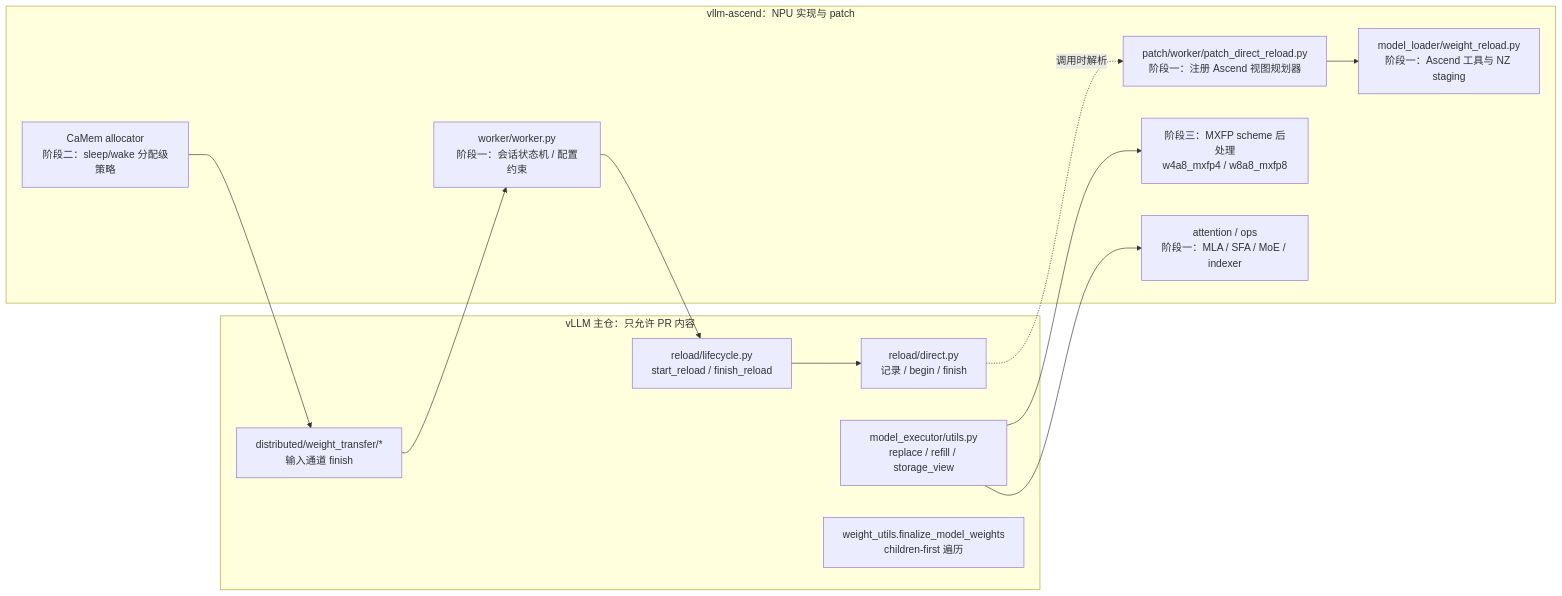
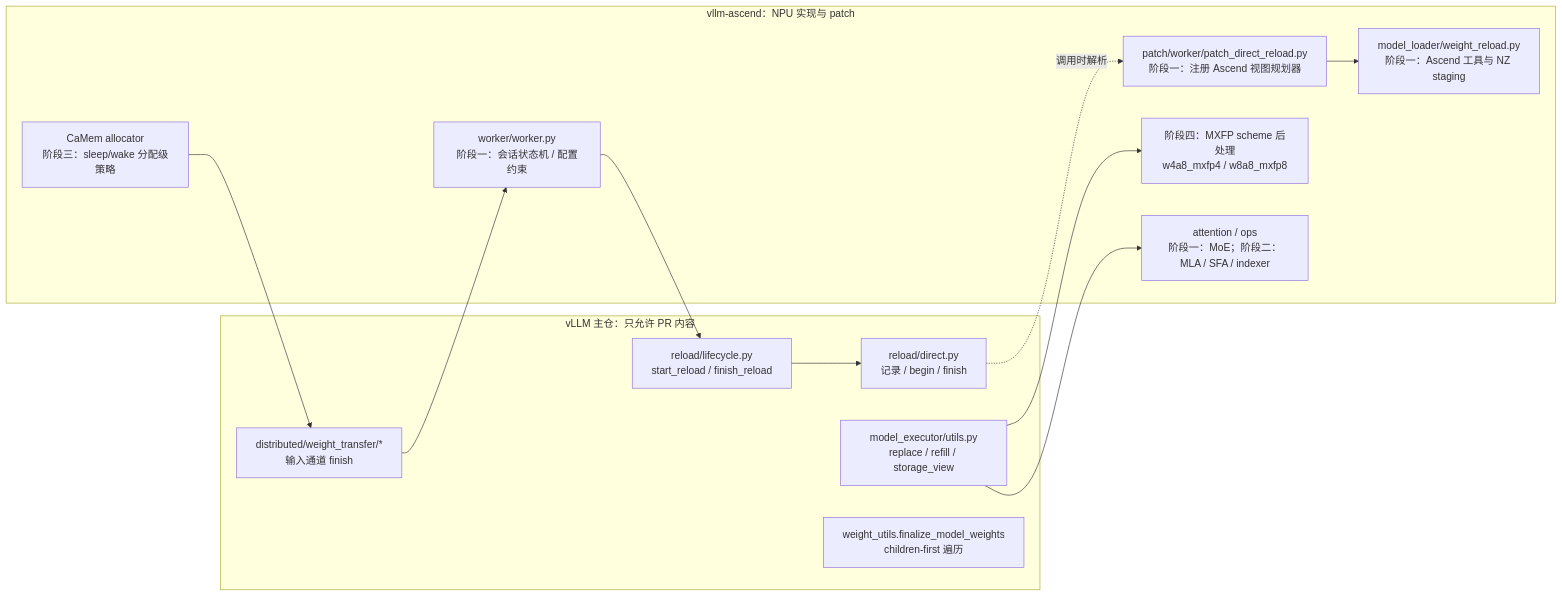
Before and after one commit to wuruiyun/blue-zone-wiki: the sixth of 13 diagrams in vllm-rfc54477-direct-reload-ascend.md, drawn with Mermaid. The commit also changed other lines of this file, not shown here.

````diff
--- a/vllm-rfc54477-direct-reload-ascend.md
+++ b/vllm-rfc54477-direct-reload-ascend.md
@@ -334,26 +472,26 @@
 ```mermaid
 flowchart LR
   subgraph V["vLLM 主仓：只允许 PR 内容"]
     V1["reload/direct.py<br/>记录 / begin / finish"]
     V2["reload/lifecycle.py<br/>start_reload / finish_reload"]
     V3["model_executor/utils.py<br/>replace / refill / storage_view"]
     V4["weight_utils.finalize_model_weights<br/>children-first 遍历"]
     V5["distributed/weight_transfer/*<br/>输入通道 finish"]
   end
   subgraph A["vllm-ascend：NPU 实现与 patch"]
     A1["patch/worker/patch_direct_reload.py<br/>阶段一：注册 Ascend 视图规划器"]
     A2["model_loader/weight_reload.py<br/>阶段一：Ascend 工具与 NZ staging"]
-    A3["阶段三：MXFP scheme 后处理<br/>w4a8_mxfp4 / w8a8_mxfp8"]
-    A4["attention / ops<br/>阶段一：MLA / SFA / MoE / indexer"]
+    A3["阶段四：MXFP scheme 后处理<br/>w4a8_mxfp4 / w8a8_mxfp8"]
+    A4["attention / ops<br/>阶段一：MoE；阶段二：MLA / SFA / indexer"]
     A5["worker/worker.py<br/>阶段一：会话状态机 / 配置约束"]
-    A6["CaMem allocator<br/>阶段二：sleep/wake 分配级策略"]
+    A6["CaMem allocator<br/>阶段三：sleep/wake 分配级策略"]
   end
   V2 --> V1
   V1 -.->|"调用时解析"| A1
   A1 --> A2
   V3 --> A3
   V3 --> A4
   V5 --> A5
   A5 --> V2
   A6 --> V5
 ```
````
